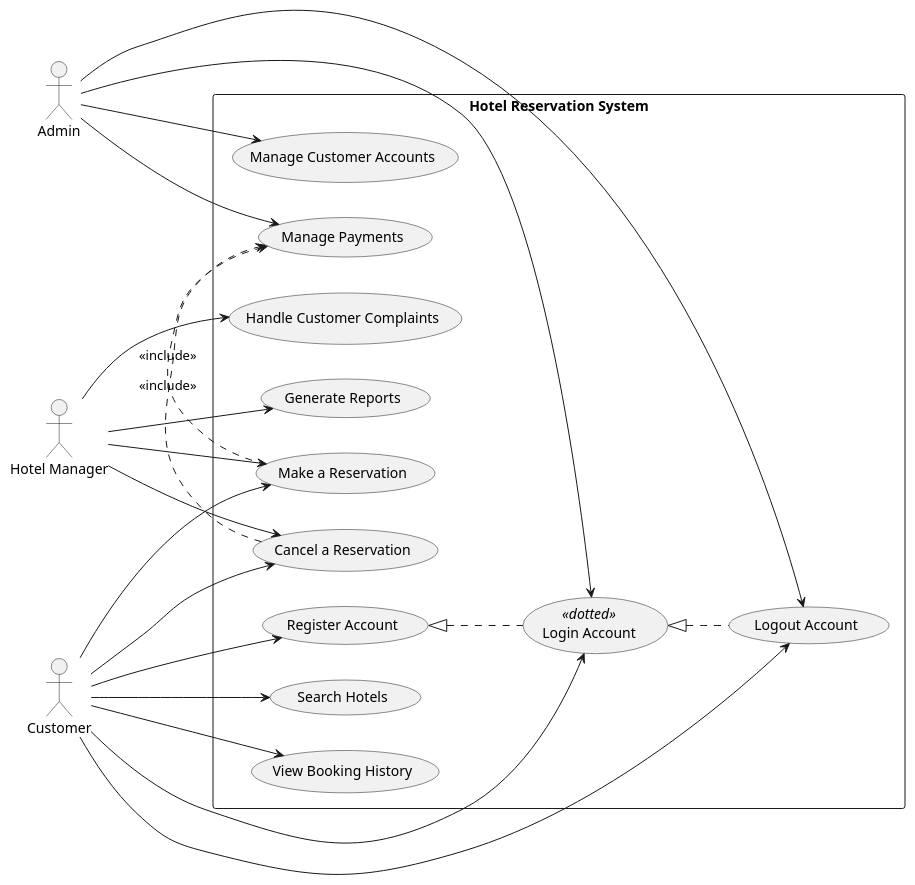
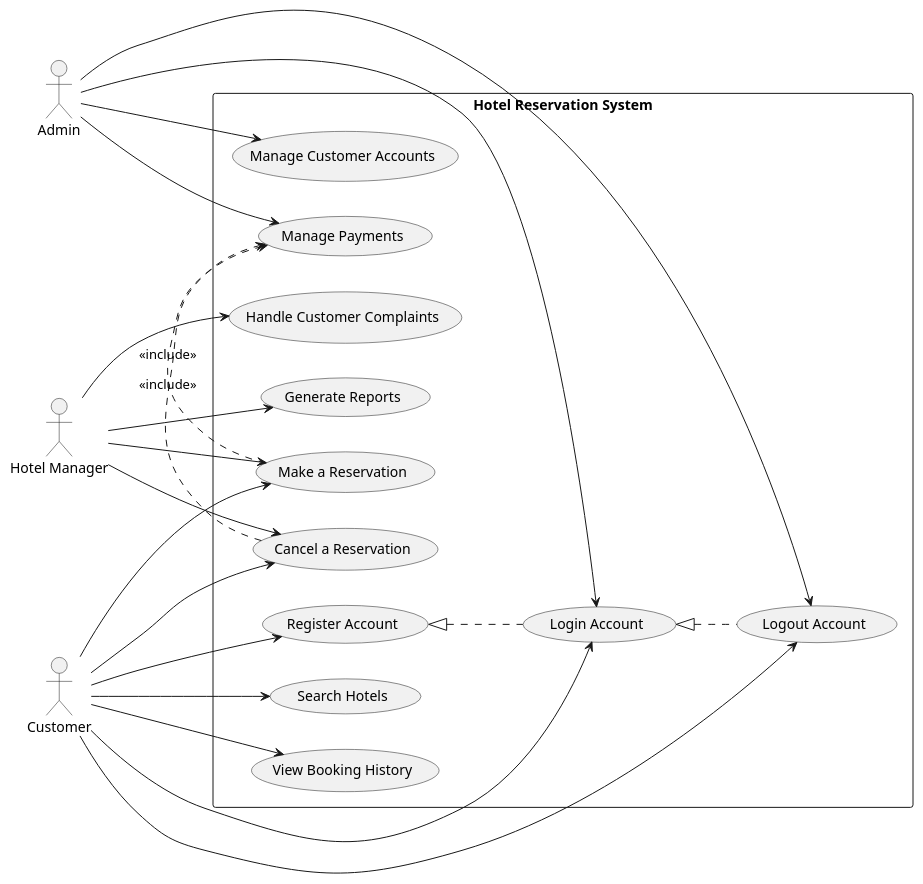
The diagram in UML/HOTEL_reservation_system/use case.puml (Harshit-code-tech/Hotel_reservation_system_se), drawn with PlantUML before and after one commit.

Commit message:
Update use case.puml

```diff
--- a/UML/HOTEL_reservation_system/use case.puml
+++ b/UML/HOTEL_reservation_system/use case.puml
@@ -1,50 +1,50 @@
 @startuml
 left to right direction
 
 actor Customer
 actor Admin
 actor "Hotel Manager" as Manager
 
 rectangle "Hotel Reservation System" {
 
   usecase "Register Account" as UC1
-  usecase "Login Account" as UC2 <<dotted>>
+  usecase "Login Account" as UC2
   usecase "Logout Account" as UC3
   usecase "Search Hotels" as UC4
   usecase "Make a Reservation" as UC5
   usecase "Cancel a Reservation" as UC6
   usecase "View Booking History" as UC7
 
   usecase "Manage Payments" as UC8
   usecase "Manage Customer Accounts" as UC9
   usecase "Generate Reports" as UC10
   usecase "Handle Customer Complaints" as UC11
 }
 
 Customer --> UC1
 Customer --> UC2
 Customer --> UC3
 Customer --> UC4
 Customer --> UC5
 Customer --> UC6
 Customer --> UC7
 
 Admin --> UC8
 Admin --> UC9
 Admin --> UC2
 Admin --> UC3
 
 Manager --> UC5
 Manager --> UC6
 Manager --> UC10
 Manager --> UC11
 
 UC5 .> UC8 : <<include>>
 UC6 .> UC8 : <<include>>
 
 UC1 <|.- UC2
 UC2 <|.- UC3
 
 
 
 @enduml
```
